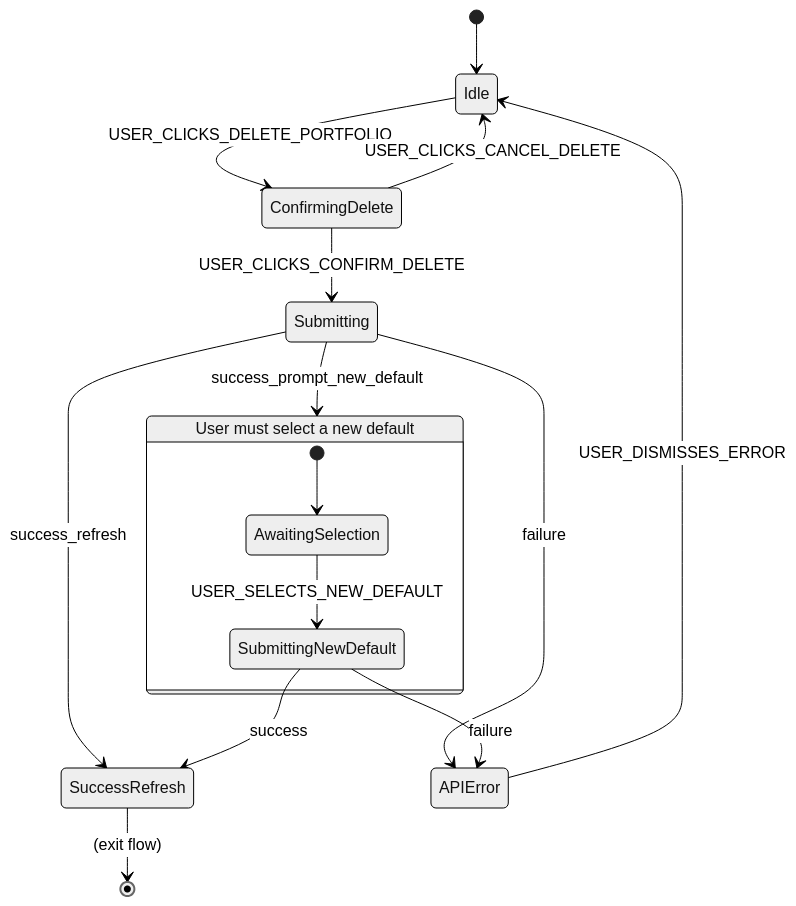
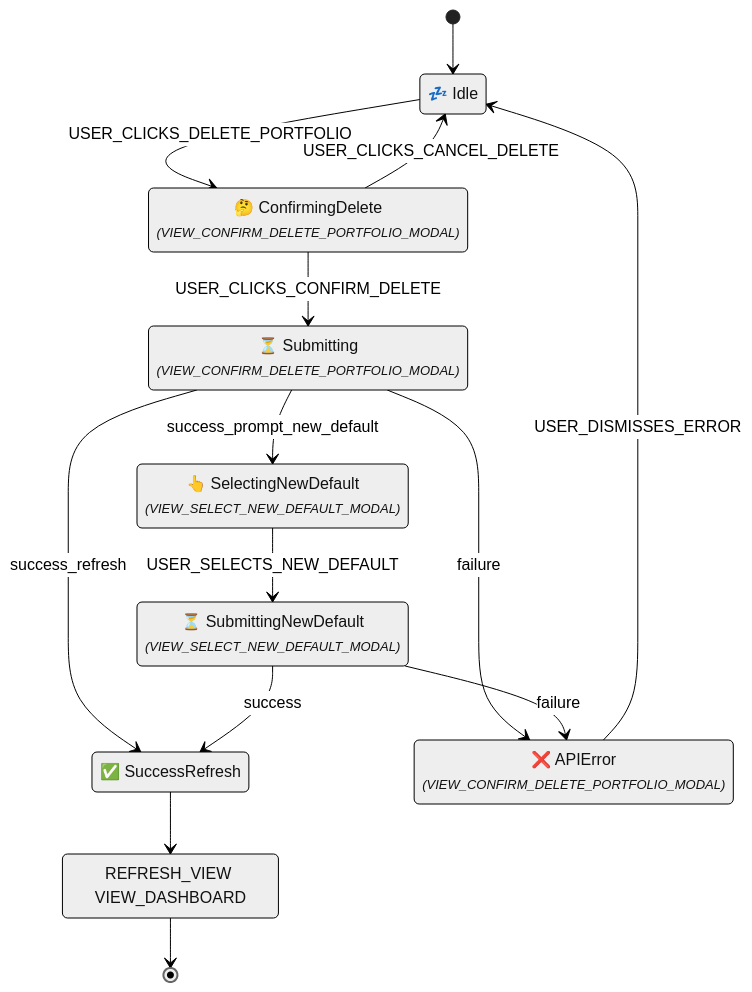
Before and after one commit to enzhao/Sentinel: the seventh of 60 diagrams in product_spec.md, drawn with Mermaid (neutral theme). The commit also changed other lines of this file and 3 other files, not shown here.

First line of the commit message:
docs(spec): refine and clarify UI flow specifications

````diff
--- a/product_spec.md
+++ b/product_spec.md
@@ -385,22 +435,25 @@
 ```mermaid
 stateDiagram-v2
+    %% Flow ID: FLOW_DELETE_PORTFOLIO_MANUAL
     [*] --> Idle
+    state "💤 Idle" as Idle
     Idle --> ConfirmingDelete : USER_CLICKS_DELETE_PORTFOLIO
+    state "🤔 ConfirmingDelete<br/><font size="2"><i>(VIEW_CONFIRM_DELETE_PORTFOLIO_MODAL)</i></font>" as ConfirmingDelete
+    ConfirmingDelete --> Submitting : USER_CLICKS_CONFIRM_DELETE
     ConfirmingDelete --> Idle : USER_CLICKS_CANCEL_DELETE
-    ConfirmingDelete --> Submitting : USER_CLICKS_CONFIRM_DELETE
-
+    state "⏳ Submitting<br/><font size="2"><i>(VIEW_CONFIRM_DELETE_PORTFOLIO_MODAL)</i></font>" as Submitting
     Submitting --> SuccessRefresh : success_refresh
     Submitting --> SelectingNewDefault : success_prompt_new_default
     Submitting --> APIError : failure
-
-    state "User must select a new default" as SelectingNewDefault {
-        [*] --> AwaitingSelection
-        AwaitingSelection --> SubmittingNewDefault : USER_SELECTS_NEW_DEFAULT
-    }
-
+    state "👆 SelectingNewDefault<br/><font size="2"><i>(VIEW_SELECT_NEW_DEFAULT_MODAL)</i></font>" as SelectingNewDefault
+    SelectingNewDefault --> SubmittingNewDefault : USER_SELECTS_NEW_DEFAULT
+    state "⏳ SubmittingNewDefault<br/><font size="2"><i>(VIEW_SELECT_NEW_DEFAULT_MODAL)</i></font>" as SubmittingNewDefault
     SubmittingNewDefault --> SuccessRefresh : success
     SubmittingNewDefault --> APIError : failure
-
+    state "✅ SuccessRefresh" as SuccessRefresh
+    state "REFRESH_VIEW VIEW_DASHBOARD" as SuccessRefresh_exit_action
+    SuccessRefresh --> SuccessRefresh_exit_action
+    SuccessRefresh_exit_action --> [*]
+    state "❌ APIError<br/><font size="2"><i>(VIEW_CONFIRM_DELETE_PORTFOLIO_MODAL)</i></font>" as APIError
     APIError --> Idle : USER_DISMISSES_ERROR
-    SuccessRefresh --> [*] : (exit flow)
 ```
````
